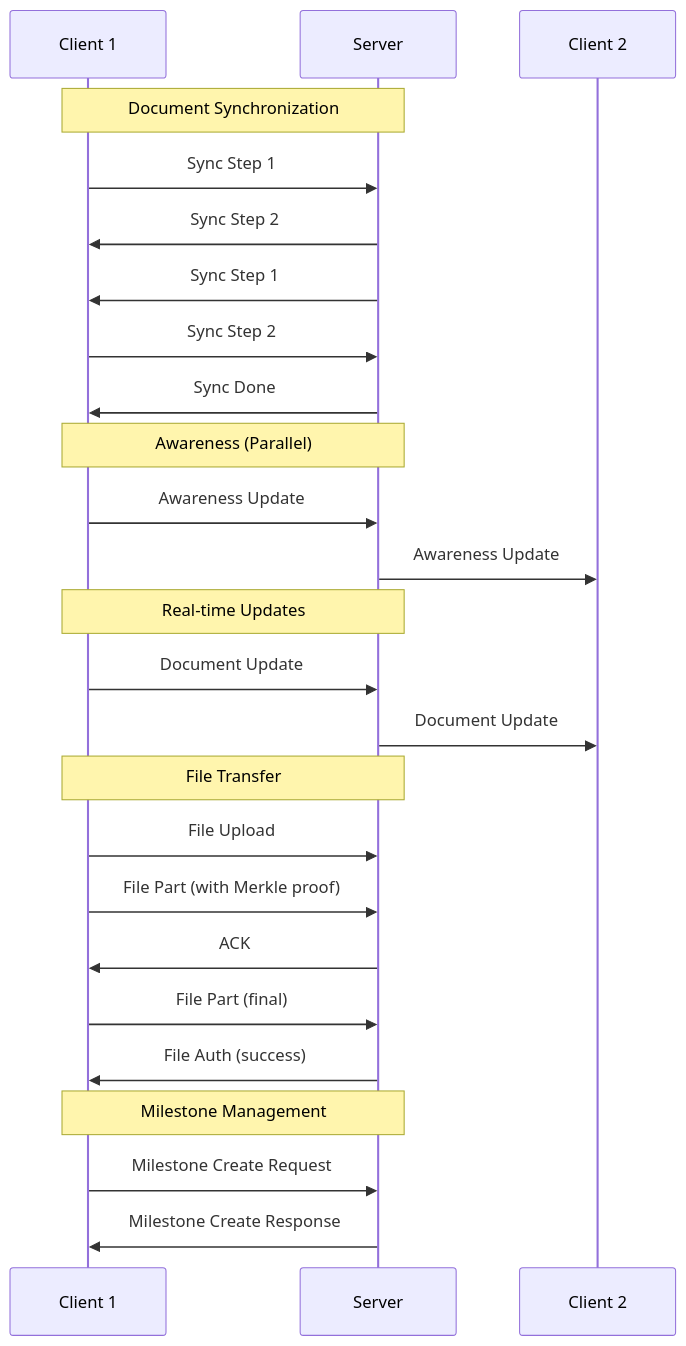
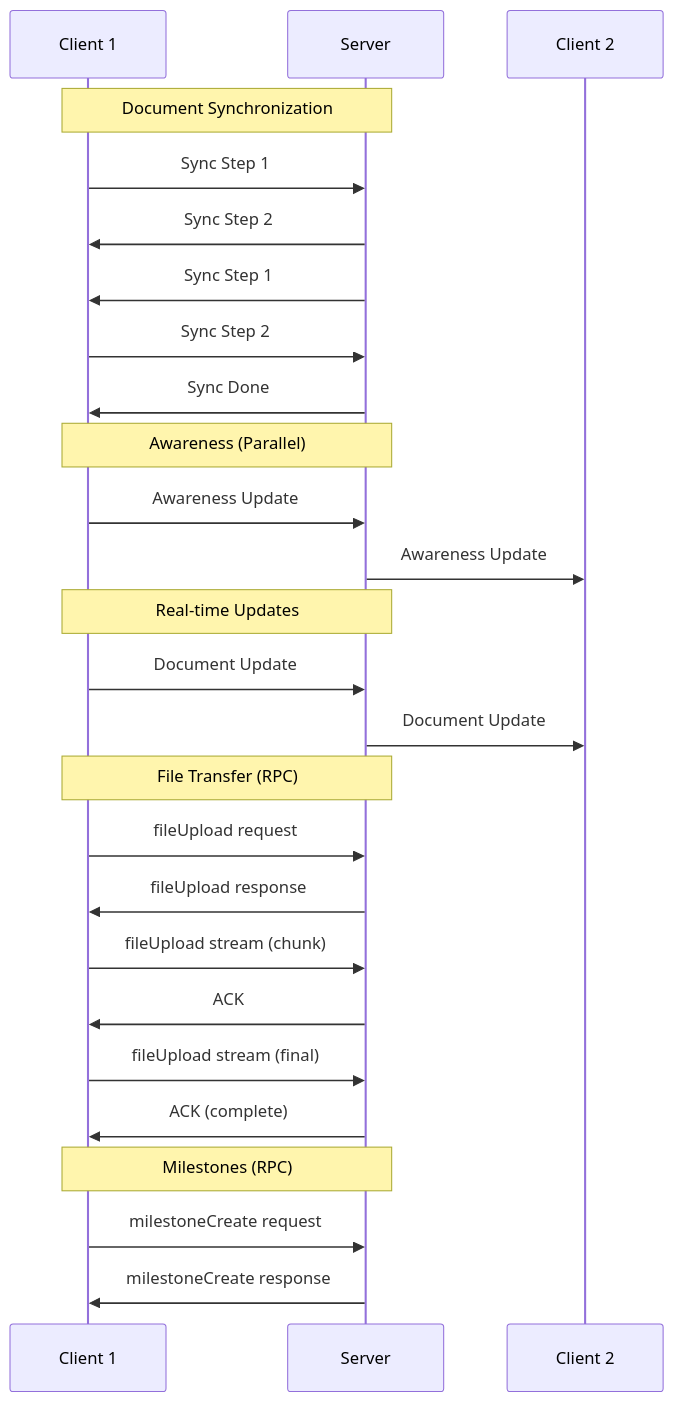
One commit to nperez0111/teleportal changed diagram 17 of 17 in docs/src/content/docs/advanced/protocol.mdx. Above: the diagram before and after it, drawn with Mermaid. The commit also changed other lines of this file and 113 other files, not shown here.

````diff
--- a/docs/src/content/docs/advanced/protocol.mdx
+++ b/docs/src/content/docs/advanced/protocol.mdx
@@ -901,32 +710,33 @@
 ```mermaid
 sequenceDiagram
     participant C1 as Client 1
     participant S as Server
     participant C2 as Client 2
 
     Note over C1,S: Document Synchronization
     C1->>S: Sync Step 1
     S->>C1: Sync Step 2
     S->>C1: Sync Step 1
     C1->>S: Sync Step 2
     S->>C1: Sync Done
 
     Note over C1,S: Awareness (Parallel)
     C1->>S: Awareness Update
     S->>C2: Awareness Update
 
     Note over C1,S: Real-time Updates
     C1->>S: Document Update
     S->>C2: Document Update
 
-    Note over C1,S: File Transfer
-    C1->>S: File Upload
-    C1->>S: File Part (with Merkle proof)
+    Note over C1,S: File Transfer (RPC)
+    C1->>S: fileUpload request
+    S->>C1: fileUpload response
+    C1->>S: fileUpload stream (chunk)
     S->>C1: ACK
-    C1->>S: File Part (final)
-    S->>C1: File Auth (success)
+    C1->>S: fileUpload stream (final)
+    S->>C1: ACK (complete)
 
-    Note over C1,S: Milestone Management
-    C1->>S: Milestone Create Request
-    S->>C1: Milestone Create Response
+    Note over C1,S: Milestones (RPC)
+    C1->>S: milestoneCreate request
+    S->>C1: milestoneCreate response
 ```
````
